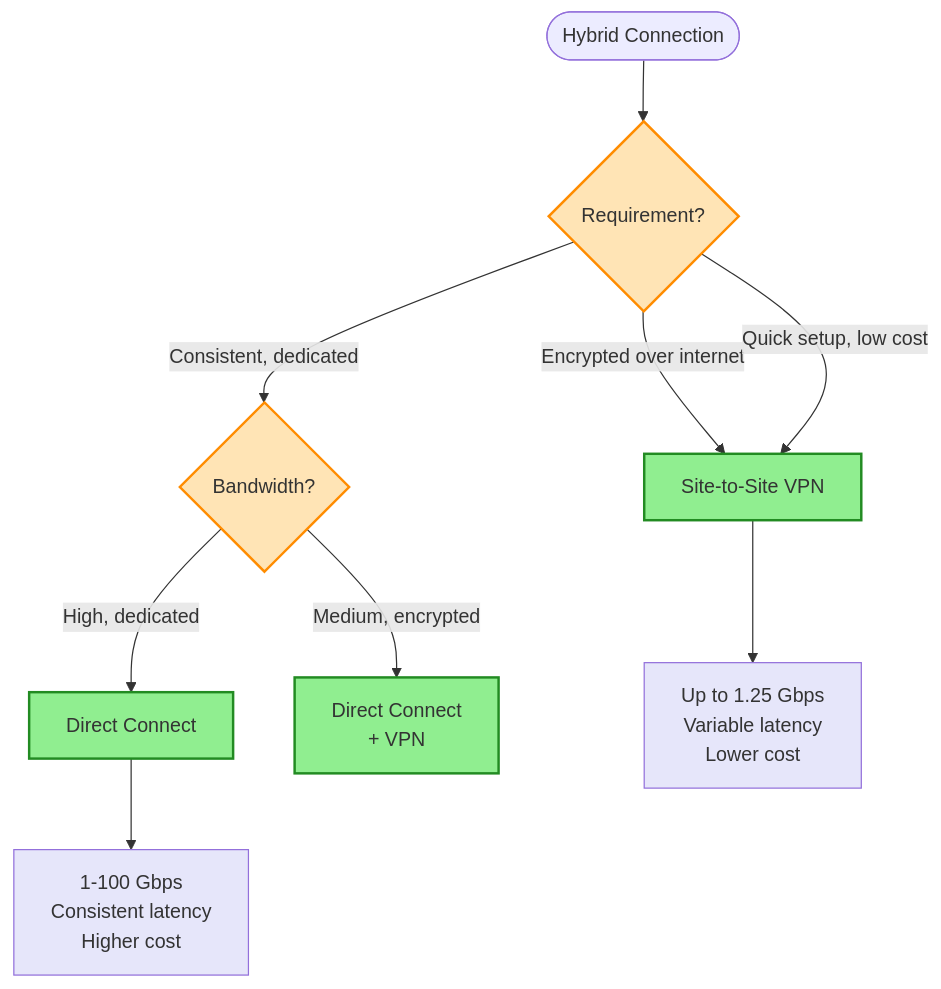
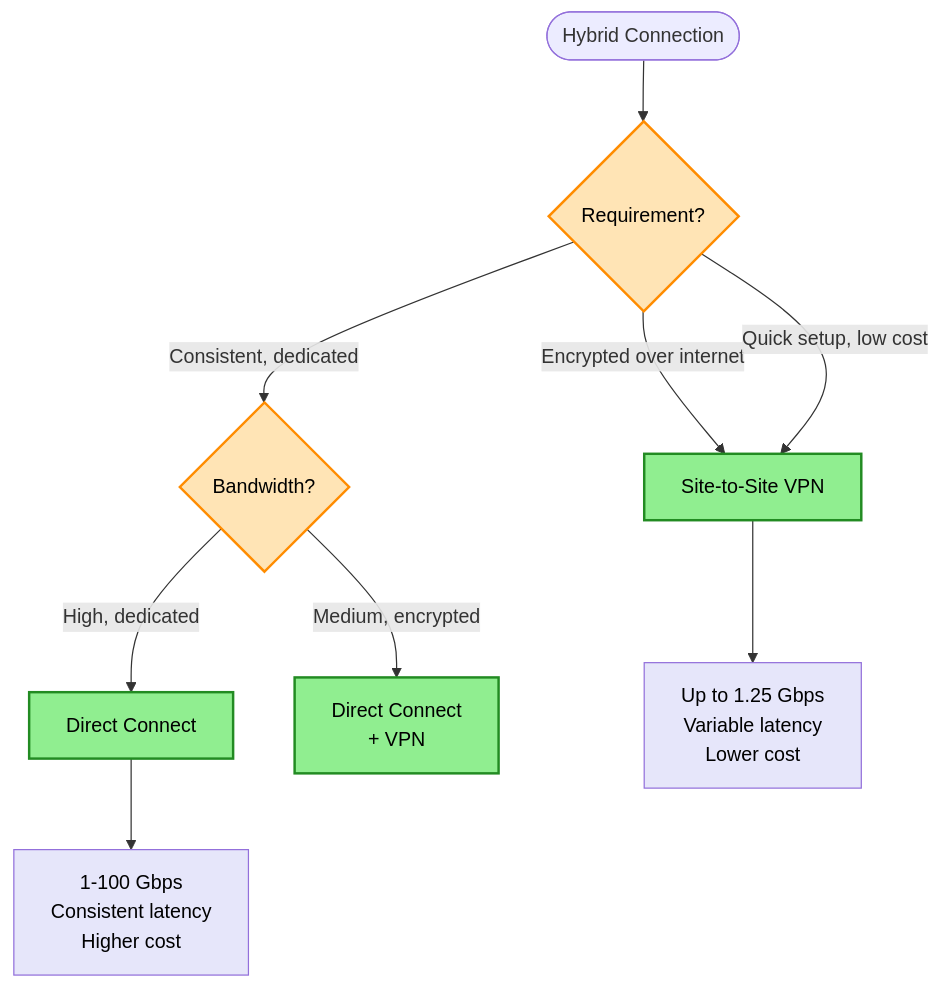
Before and after one commit to intelliswarm-ai/aws-architectures: the third of 6 diagrams in aws-architecture-decisions/diagrams/networking-decisions.md, drawn with Mermaid. The commit also changed other lines of this file and 13 other files, not shown here.

````diff
--- a/aws-architecture-decisions/diagrams/networking-decisions.md
+++ b/aws-architecture-decisions/diagrams/networking-decisions.md
@@ -62,23 +62,23 @@
 ```mermaid
 flowchart TD
     Start([Hybrid Connection]) --> Q1{Requirement?}
 
     Q1 -->|Consistent, dedicated| Q2{Bandwidth?}
     Q1 -->|Encrypted over internet| VPN[Site-to-Site VPN]
     Q1 -->|Quick setup, low cost| VPN
 
     Q2 -->|High, dedicated| DX[Direct Connect]
     Q2 -->|Medium, encrypted| DX_VPN[Direct Connect<br/>+ VPN]
 
     DX --> FEAT_DX[1-100 Gbps<br/>Consistent latency<br/>Higher cost]
     VPN --> FEAT_VPN[Up to 1.25 Gbps<br/>Variable latency<br/>Lower cost]
 
     %% Styling
-    classDef service fill:#90EE90,stroke:#228B22,stroke-width:2px
-    classDef feat fill:#E6E6FA,stroke:#9370DB,stroke-width:1px
-    classDef question fill:#FFE4B5,stroke:#FF8C00,stroke-width:2px
+    classDef service fill:#90EE90,stroke:#228B22,stroke-width:2px,color:#000000
+    classDef feat fill:#E6E6FA,stroke:#9370DB,stroke-width:1px,color:#000000
+    classDef question fill:#FFE4B5,stroke:#FF8C00,stroke-width:2px,color:#000000
 
     class Q1,Q2 question
     class DX,VPN,DX_VPN service
     class FEAT_DX,FEAT_VPN feat
 ```
````
